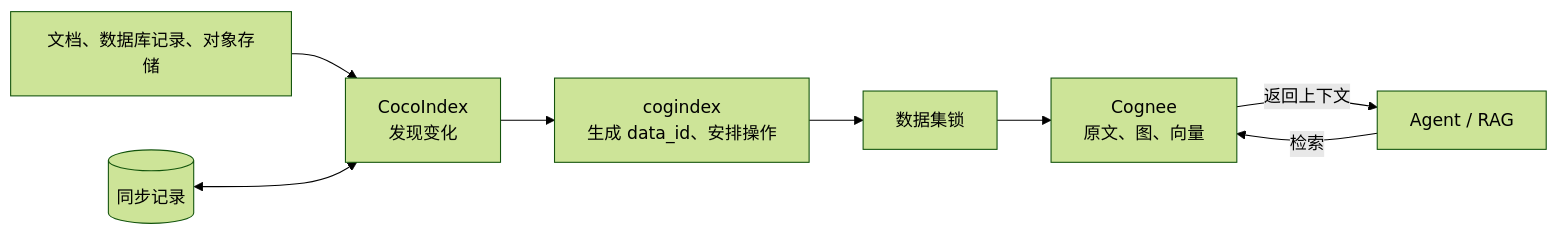
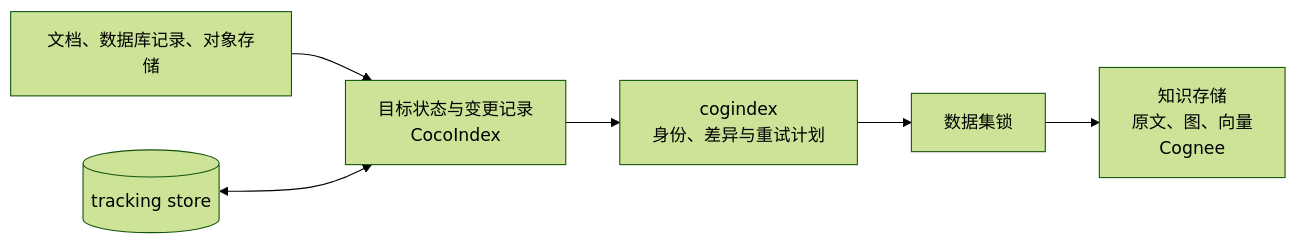
One commit to liuqjjin/cogindex changed the diagram in README.md. Above: the diagram before and after it, drawn with Mermaid (forest theme). The commit also changed other lines of this file and 37 other files, not shown here.

````diff
--- a/README.md
+++ b/README.md
@@ -33,10 +77,8 @@
 ```mermaid
 flowchart LR
-    source["文档、数据库记录、对象存储"] --> coco["CocoIndex<br/>发现变化"]
-    tracking[("同步记录")] <--> coco
-    coco --> connector["cogindex<br/>生成 data_id、安排操作"]
-    connector --> lock["数据集锁"]
-    lock --> cognee["Cognee<br/>原文、图、向量"]
-    agent["Agent / RAG"] -->|检索| cognee
-    cognee -->|返回上下文| agent
+    source["文档、数据库记录、对象存储"] --> state["目标状态与变更记录<br/>CocoIndex"]
+    tracking[("tracking store")] <--> state
+    state --> sync["cogindex<br/>身份、差异与重试计划"]
+    sync --> lock["数据集锁"]
+    lock --> storage["知识存储<br/>原文、图、向量<br/>Cognee"]
 ```
````
